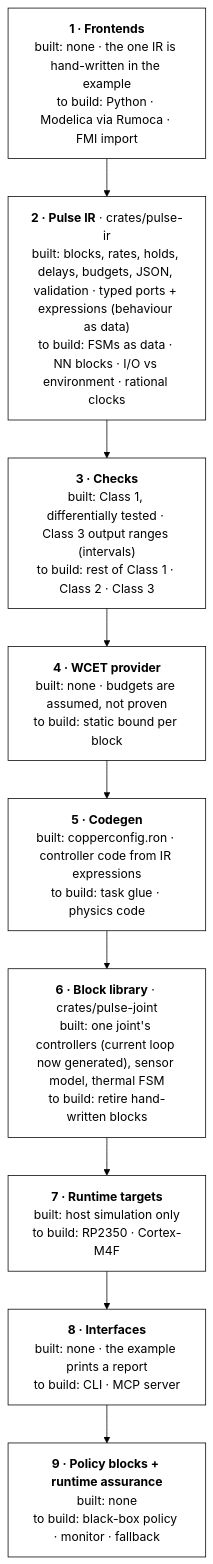
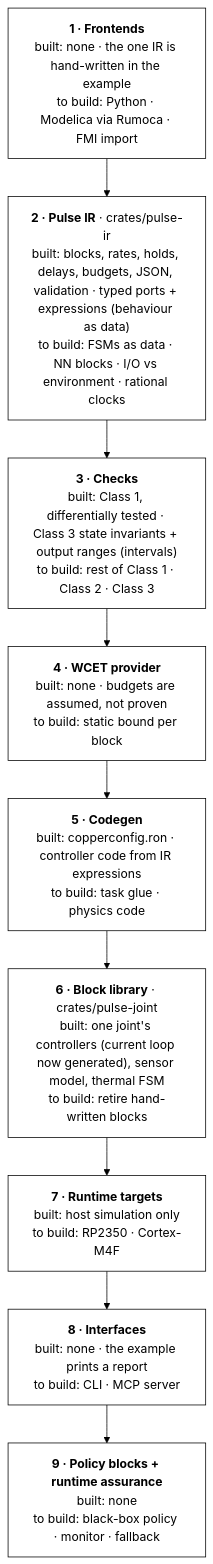
One commit to Aragosta/Pulse changed the diagram in README.md. Above: the diagram before and after it, drawn with Mermaid (forest theme). The commit also changed other lines of this file and 8 other files, not shown here.

````diff
--- a/README.md
+++ b/README.md
@@ -8,17 +8,17 @@
 ```mermaid
 flowchart TB
     L1["<b>1 · Frontends</b><br/>built: none · the one IR is hand-written in the example<br/>to build: Python · Modelica via Rumoca · FMI import"]
     L2["<b>2 · Pulse IR</b> · crates/pulse-ir<br/>built: blocks, rates, holds, delays, budgets, JSON, validation · typed ports + expressions (behaviour as data)<br/>to build: FSMs as data · NN blocks · I/O vs environment · rational clocks"]
-    L3["<b>3 · Checks</b><br/>built: Class 1, differentially tested · Class 3 output ranges (intervals)<br/>to build: rest of Class 1 · Class 2 · Class 3"]
+    L3["<b>3 · Checks</b><br/>built: Class 1, differentially tested · Class 3 state invariants + output ranges (intervals)<br/>to build: rest of Class 1 · Class 2 · Class 3"]
     L4["<b>4 · WCET provider</b><br/>built: none · budgets are assumed, not proven<br/>to build: static bound per block"]
     L5["<b>5 · Codegen</b><br/>built: copperconfig.ron · controller code from IR expressions<br/>to build: task glue · physics code"]
     L6["<b>6 · Block library</b> · crates/pulse-joint<br/>built: one joint's controllers (current loop now generated), sensor model, thermal FSM<br/>to build: retire hand-written blocks"]
     L7["<b>7 · Runtime targets</b><br/>built: host simulation only<br/>to build: RP2350 · Cortex-M4F"]
     L8["<b>8 · Interfaces</b><br/>built: none · the example prints a report<br/>to build: CLI · MCP server"]
     L9["<b>9 · Policy blocks + runtime assurance</b><br/>built: none<br/>to build: black-box policy · monitor · fallback"]
 
     L1 --> L2 --> L3 --> L4 --> L5 --> L6 --> L7 --> L8 --> L9
 
     classDef default fill:#fff,stroke:#000,color:#000
     linkStyle default stroke:#000
 ```
````
